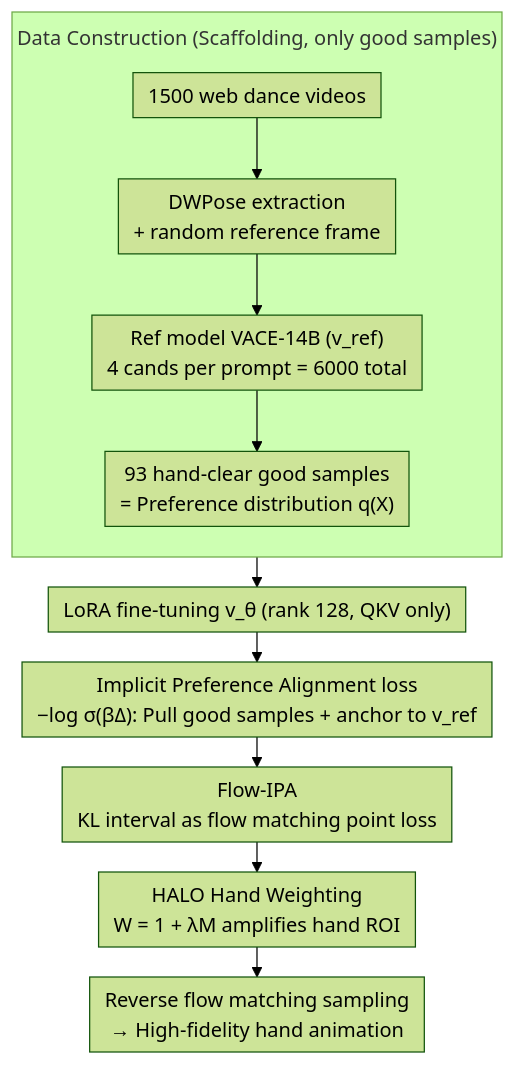
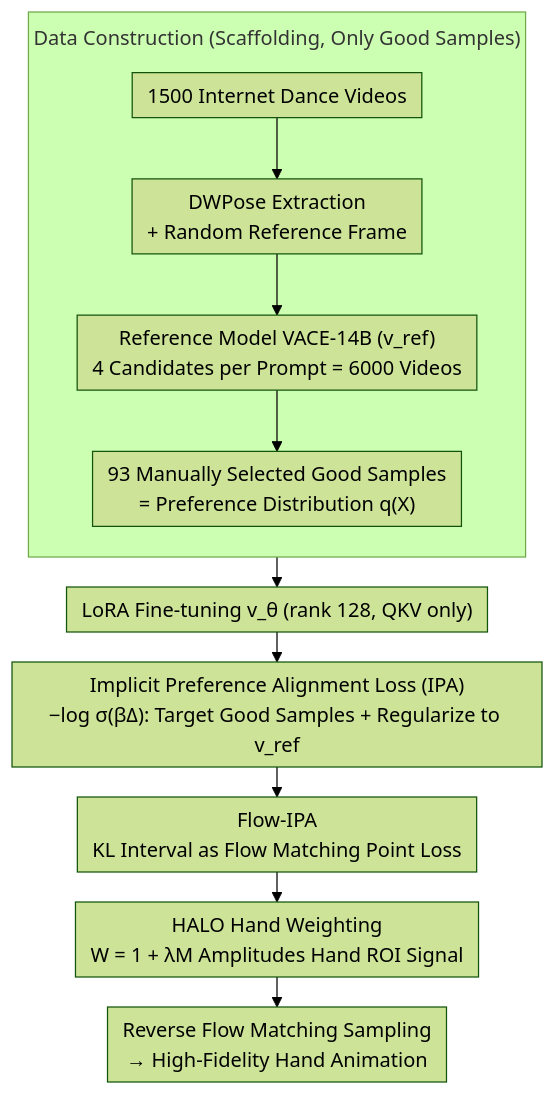
Before and after one commit to zhaoyang97/Paper-Notes-en: the diagram in docs/ICML2026/llm_alignment/implicit_preference_alignment_for_human_image_animation.md, drawn with Mermaid (forest theme). The commit also changed other lines of this file and 5084 other files, not shown here.

````diff
--- a/docs/ICML2026/llm_alignment/implicit_preference_alignment_for_human_image_animation.md
+++ b/docs/ICML2026/llm_alignment/implicit_preference_alignment_for_human_image_animation.md
@@ -44,15 +44,15 @@
 ```mermaid
 %%{init: {'flowchart': {'rankSpacing': 24, 'nodeSpacing': 28, 'padding': 6, 'wrappingWidth': 400, 'subGraphTitleMargin': {'top': 8, 'bottom': 16}}}}%%
 flowchart TD
-    subgraph DATA["Data Construction (Scaffolding, only good samples)"]
+    subgraph DATA["Data Construction (Scaffolding, Only Good Samples)"]
         direction TB
-        A["1500 web dance videos"] --> B["DWPose extraction<br/>+ random reference frame"]
-        B --> C["Ref model VACE-14B (v_ref)<br/>4 cands per prompt = 6000 total"]
-        C --> D["93 hand-clear good samples<br/>= Preference distribution q(X)"]
+        A["1500 Internet Dance Videos"] --> B["DWPose Extraction<br/>+ Random Reference Frame"]
+        B --> C["Reference Model VACE-14B (v_ref)<br/>4 Candidates per Prompt = 6000 Videos"]
+        C --> D["93 Manually Selected Good Samples<br/>= Preference Distribution q(X)"]
     end
-    DATA --> E["LoRA fine-tuning v_θ (rank 128, QKV only)"]
-    E --> F["Implicit Preference Alignment loss<br/>−log σ(βΔ): Pull good samples + anchor to v_ref"]
-    F --> G["Flow-IPA<br/>KL interval as flow matching point loss"]
-    G --> H["HALO Hand Weighting<br/>W = 1 + λM amplifies hand ROI"]
-    H --> I["Reverse flow matching sampling<br/>→ High-fidelity hand animation"]
+    DATA --> E["LoRA Fine-tuning v_θ (rank 128, QKV only)"]
+    E --> F["Implicit Preference Alignment Loss (IPA)<br/>−log σ(βΔ): Target Good Samples + Regularize to v_ref"]
+    F --> G["Flow-IPA<br/>KL Interval as Flow Matching Point Loss"]
+    G --> H["HALO Hand Weighting<br/>W = 1 + λM Amplitudes Hand ROI Signal"]
+    H --> I["Reverse Flow Matching Sampling<br/>→ High-Fidelity Hand Animation"]
 ```
````
